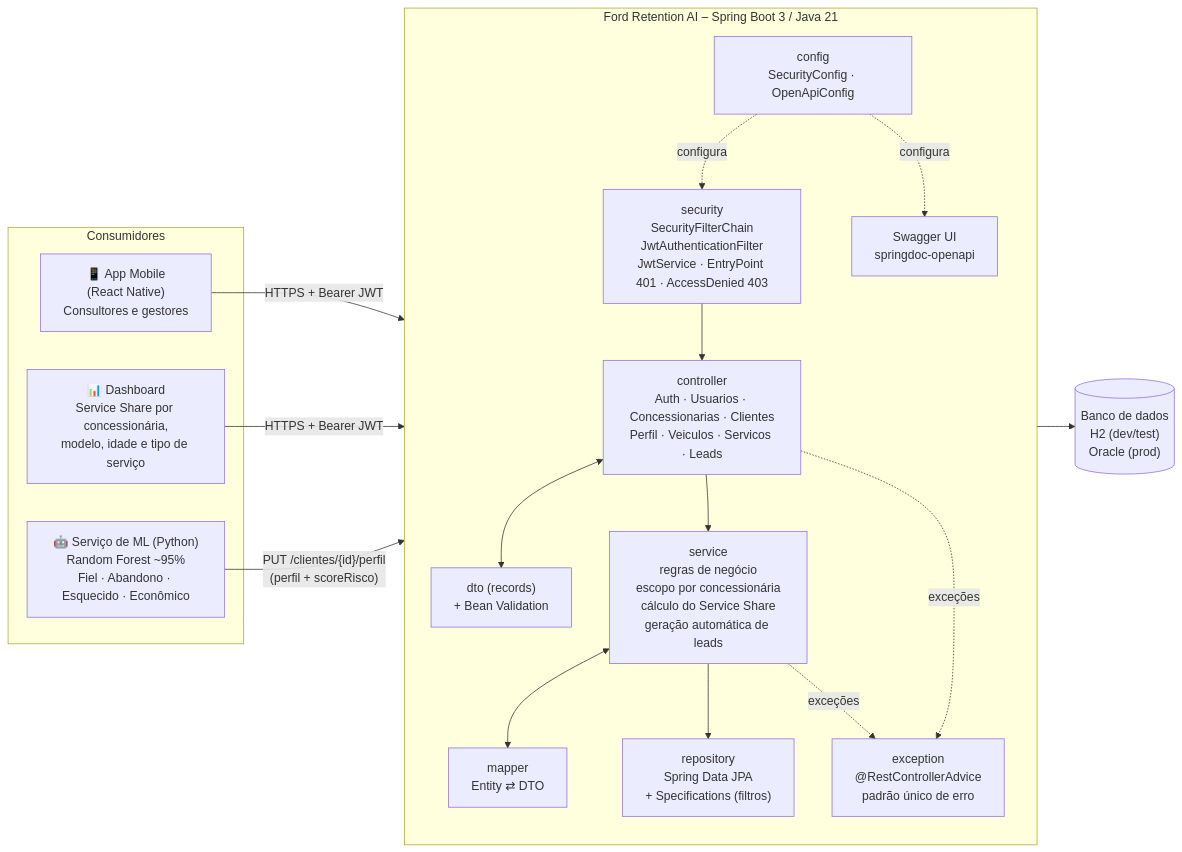
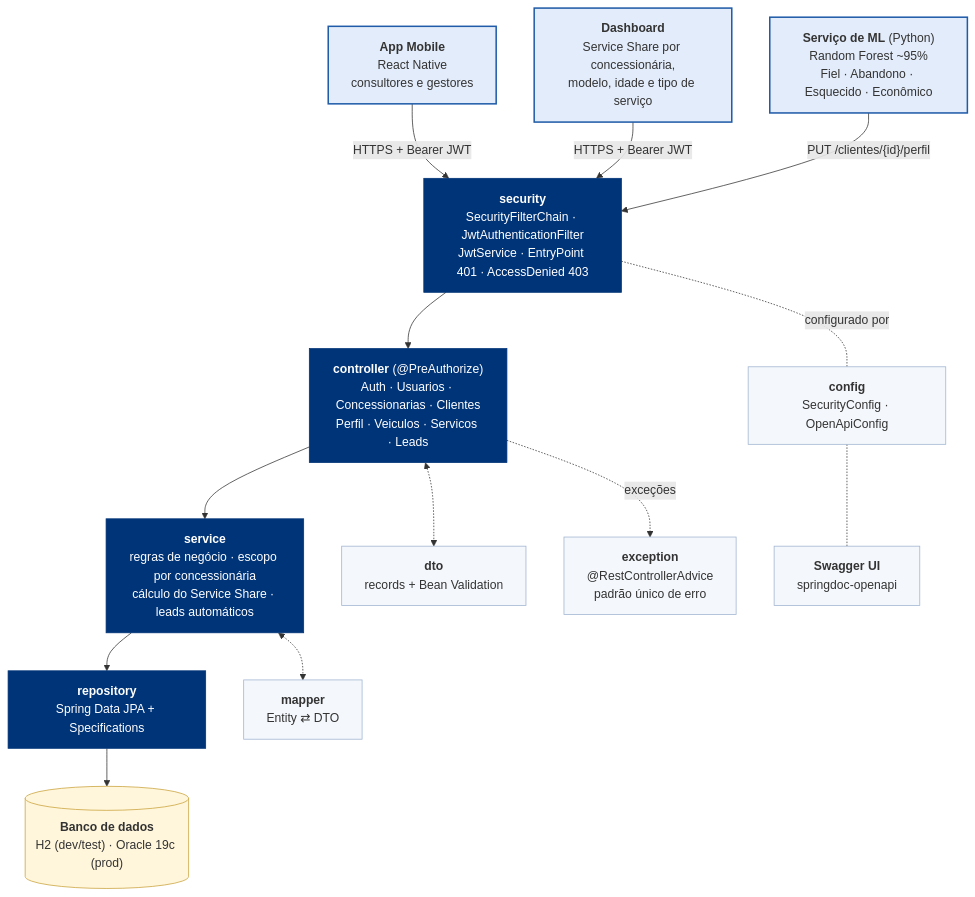
One commit to 3ESPG/Sprint3-SOA-Java changed the first of 5 diagrams in docs/ARQUITETURA.md. Above: the diagram before and after it, drawn with Mermaid. The commit also changed other lines of this file and 2 other files, not shown here.

First line of the commit message:
PDF de arquitetura com os diagramas e diagramas mais legíveis

````diff
--- a/docs/ARQUITETURA.md
+++ b/docs/ARQUITETURA.md
@@ -12,37 +12,32 @@
 ```mermaid
-flowchart LR
-    subgraph Consumidores
-        APP["📱 App Mobile<br/>(React Native)<br/>Consultores e gestores"]
-        DASH["📊 Dashboard<br/>Service Share por concessionária,<br/>modelo, idade e tipo de serviço"]
-        ML["🤖 Serviço de ML (Python)<br/>Random Forest ~95%<br/>Fiel · Abandono · Esquecido · Econômico"]
-    end
+flowchart TB
+    APP["<b>App Mobile</b><br/>React Native<br/>consultores e gestores"]:::consumidor
+    DASH["<b>Dashboard</b><br/>Service Share por concessionária,<br/>modelo, idade e tipo de serviço"]:::consumidor
+    ML["<b>Serviço de ML</b> (Python)<br/>Random Forest ~95%<br/>Fiel · Abandono · Esquecido · Econômico"]:::consumidor
 
-    subgraph API["Ford Retention AI – Spring Boot 3 / Java 21"]
-        direction TB
-        SEC["security<br/>SecurityFilterChain<br/>JwtAuthenticationFilter<br/>JwtService · EntryPoint 401 · AccessDenied 403"]
-        CTRL["controller<br/>Auth · Usuarios · Concessionarias · Clientes<br/>Perfil · Veiculos · Servicos · Leads"]
-        DTO["dto (records)<br/>+ Bean Validation"]
-        MAP["mapper<br/>Entity ⇄ DTO"]
-        SRV["service<br/>regras de negócio<br/>escopo por concessionária<br/>cálculo do Service Share<br/>geração automática de leads"]
-        REPO["repository<br/>Spring Data JPA<br/>+ Specifications (filtros)"]
-        EXC["exception<br/>@RestControllerAdvice<br/>padrão único de erro"]
-        CFG["config<br/>SecurityConfig · OpenApiConfig"]
-        DOC["Swagger UI<br/>springdoc-openapi"]
-    end
-
-    DB[("Banco de dados<br/>H2 (dev/test)<br/>Oracle (prod)")]
+    SEC["<b>security</b><br/>SecurityFilterChain · JwtAuthenticationFilter<br/>JwtService · EntryPoint 401 · AccessDenied 403"]:::api
+    CTRL["<b>controller</b> (@PreAuthorize)<br/>Auth · Usuarios · Concessionarias · Clientes<br/>Perfil · Veiculos · Servicos · Leads"]:::api
+    SRV["<b>service</b><br/>regras de negócio · escopo por concessionária<br/>cálculo do Service Share · leads automáticos"]:::api
+    REPO["<b>repository</b><br/>Spring Data JPA + Specifications"]:::api
+    DTO["<b>dto</b><br/>records + Bean Validation"]:::apoio
+    MAP["<b>mapper</b><br/>Entity ⇄ DTO"]:::apoio
+    EXC["<b>exception</b><br/>@RestControllerAdvice<br/>padrão único de erro"]:::apoio
+    CFG["<b>config</b><br/>SecurityConfig · OpenApiConfig"]:::apoio
+    DOC["<b>Swagger UI</b><br/>springdoc-openapi"]:::apoio
+    DB[("<b>Banco de dados</b><br/>H2 (dev/test) · Oracle 19c (prod)")]:::banco
 
     APP -- "HTTPS + Bearer JWT" --> SEC
     DASH -- "HTTPS + Bearer JWT" --> SEC
-    ML -- "PUT /clientes/{id}/perfil<br/>(perfil + scoreRisco)" --> SEC
-    SEC --> CTRL
-    CTRL <--> DTO
-    CTRL --> SRV
-    SRV <--> MAP
-    SRV --> REPO
-    REPO --> DB
+    ML -- "PUT /clientes/{id}/perfil" --> SEC
+    SEC --> CTRL --> SRV --> REPO --> DB
+    SEC -. configurado por .- CFG
+    CFG -.- DOC
+    CTRL <-.-> DTO
     CTRL -. exceções .-> EXC
-    SRV -. exceções .-> EXC
-    CFG -. configura .-> SEC
-    CFG -. configura .-> DOC
+    SRV <-.-> MAP
+
+    classDef consumidor fill:#E3ECFA,stroke:#1F5BA8,stroke-width:2px
+    classDef api fill:#003478,stroke:#003478,color:#FFFFFF
+    classDef apoio fill:#F4F7FB,stroke:#9FB3D1
+    classDef banco fill:#FFF6DB,stroke:#C9A13B
 ```
````
